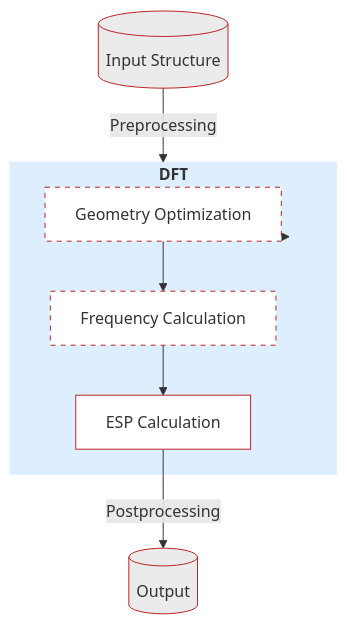
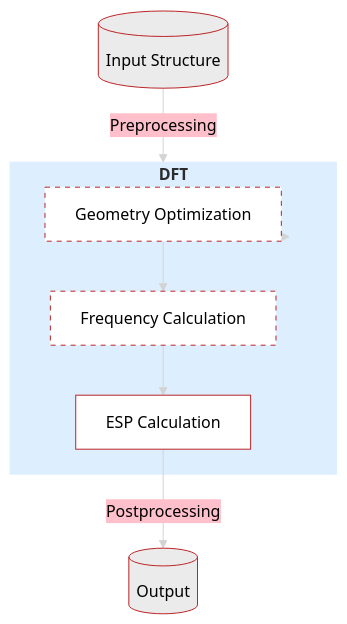
One commit to molmd/mispr changed the diagram in docs/source/workflows/tutorials.rst. Above: the diagram before and after it, drawn with Mermaid. The commit also changed other lines of this file and 15 other files, not shown here.

```diff
--- a/docs/source/workflows/tutorials.rst
+++ b/docs/source/workflows/tutorials.rst
@@ -15,21 +18,33 @@
 .. mermaid::
+
+    %%{
+    init: {
+        'theme': 'base',
+        'themeVariables': {
+        'primaryTextColor': 'black',
+        'lineColor': 'lightgrey',
+        'secondaryColor': 'pink',
+        'tertiaryColor': 'lightgrey'
+        }
+    }
+    }%%
 
     graph TD
         A[(Input Structure)] -->|Preprocessing| DFT
         DFT -->| | B[Geometry Optimization]
         B -->| | C[Frequency Calculation]
         C -->| | D[ESP Calculation]
         D -->|Postprocessing| E[(Output)]
 
         subgraph DFT
         B[Geometry Optimization]
         C[Frequency Calculation]
         D[ESP Calculation]
         end
 
-        style A fill:#EBEBEB, stroke:#BB2528, arrowColor:#A9A9A9
+        style A fill:#EBEBEB,stroke:#BB2528
         style DFT fill:#DDEEFF,stroke:#DDEEFF,font-weight:bold
         style B fill:#fff,stroke-dasharray: 5, 5, stroke:#BB2528
         style C fill:#fff,stroke-dasharray: 5, 5, stroke:#BB2528
         style D fill:#fff,stroke:#BB2528
         style E fill:#EBEBEB,stroke:#BB2528
```
